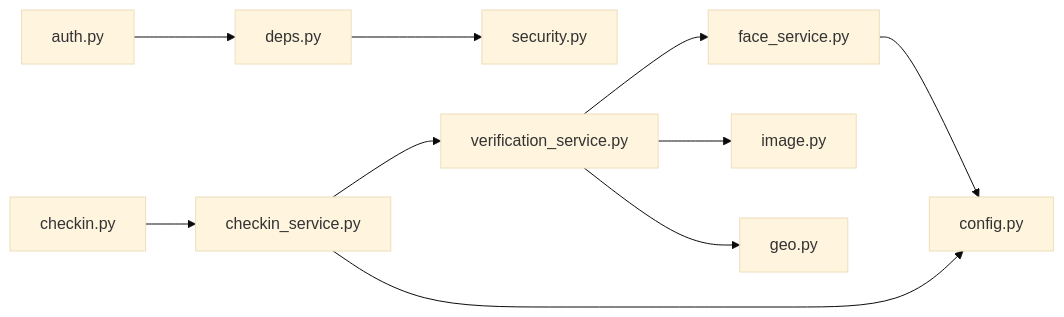
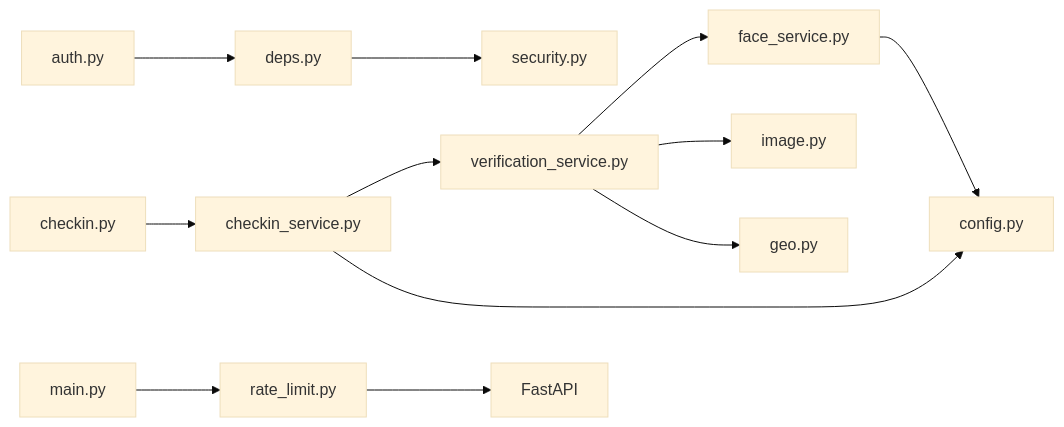
Before and after one commit to onebody/homework: the seventh of 7 diagrams in .qoder/repowiki/zh/content/安全与认证机制/安全与认证机制.md, drawn with Mermaid (base theme). The commit also changed other lines of this file and 15 other files, not shown here.

````diff
--- a/.qoder/repowiki/zh/content/安全与认证机制/安全与认证机制.md
+++ b/.qoder/repowiki/zh/content/安全与认证机制/安全与认证机制.md
@@ -333,12 +419,14 @@
 ```mermaid
 graph LR
 Auth["auth.py"] --> Deps["deps.py"]
 Deps --> Security["security.py"]
 Checkin["checkin.py"] --> CheckinSvc["checkin_service.py"]
 CheckinSvc --> Verify["verification_service.py"]
 Verify --> Face["face_service.py"]
 Verify --> Image["image.py"]
 Verify --> Geo["geo.py"]
 Face --> Config["config.py"]
 CheckinSvc --> Config
+Main["main.py"] --> RateLimit["rate_limit.py"]
+RateLimit --> FastAPI["FastAPI"]
 ```
````
